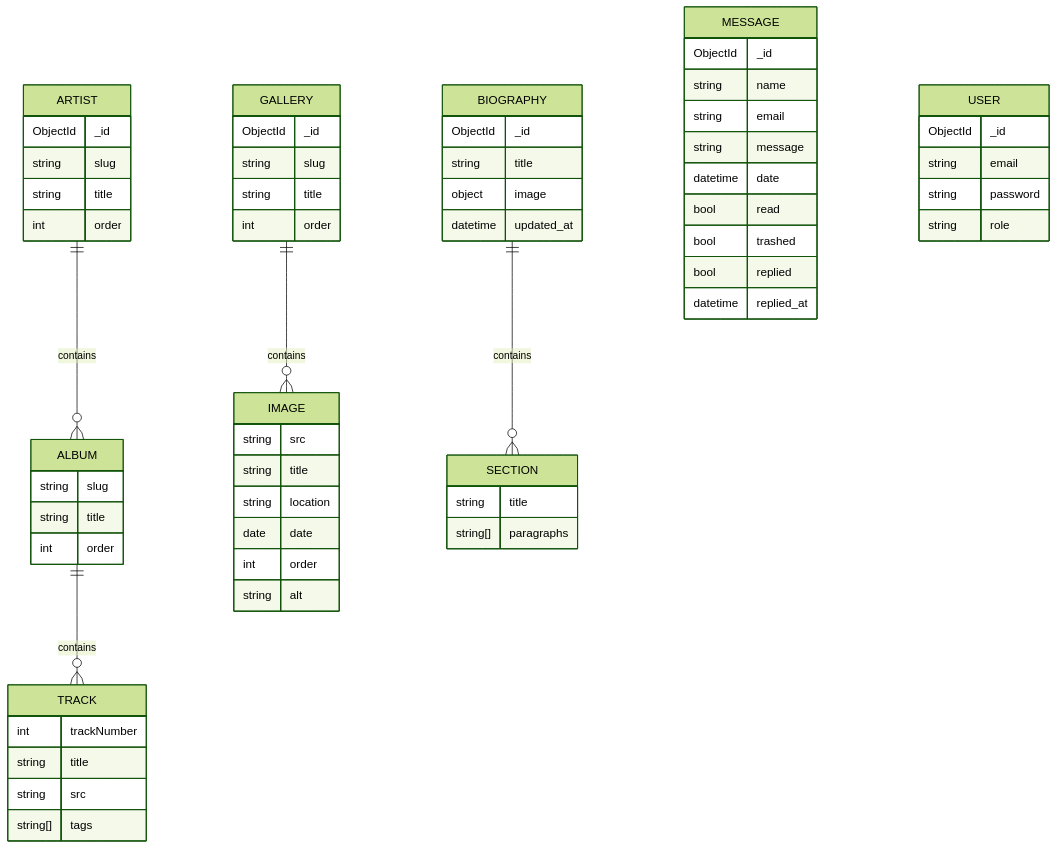
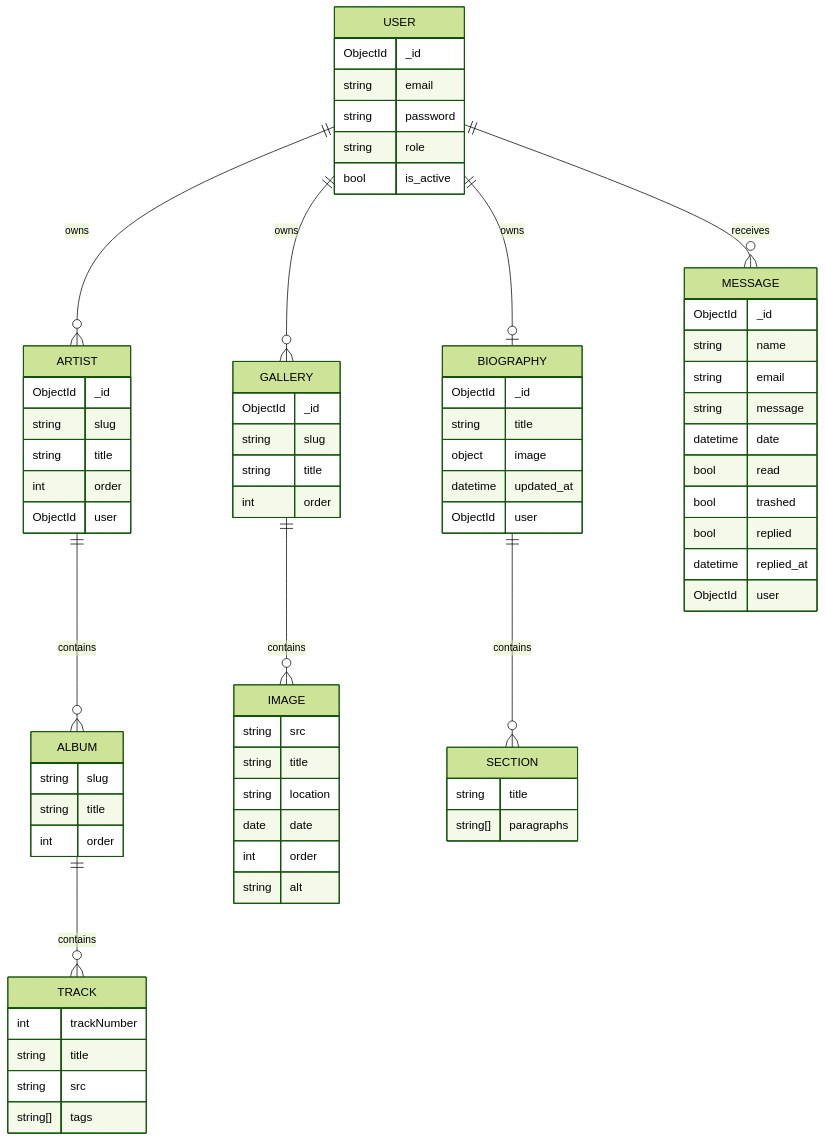
Before and after one commit to hakamir/Portfolio-Block-3: the fourth of 8 diagrams in README.md, drawn with Mermaid (forest theme). The commit also changed other lines of this file and 6 other files, not shown here.

First line of the commit message:
feat(biography): add user referencing and enhance biography validation

````diff
--- a/README.md
+++ b/README.md
@@ -179,66 +179,74 @@
 ```mermaid
 erDiagram
     ARTIST {
         ObjectId _id
         string slug
         string title
         int order
+        ObjectId user
     }
     ALBUM {
         string slug
         string title
         int order
     }
     TRACK {
         int trackNumber
         string title
         string src
         string[] tags
     }
     GALLERY {
         ObjectId _id
         string slug
         string title
         int order
     }
     IMAGE {
         string src
         string title
         string location
         date date
         int order
         string alt
     }
     BIOGRAPHY {
         ObjectId _id
         string title
         object image
         datetime updated_at
+        ObjectId user
     }
     SECTION {
         string title
         string[] paragraphs
     }
     MESSAGE {
         ObjectId _id
         string name
         string email
         string message
         datetime date
         bool read
         bool trashed
         bool replied
         datetime replied_at
+        ObjectId user
     }
     USER {
         ObjectId _id
         string email
         string password
         string role
+        bool is_active
     }
 
     ARTIST ||--o{ ALBUM: contains
     ALBUM ||--o{ TRACK: contains
     GALLERY ||--o{ IMAGE: contains
     BIOGRAPHY ||--o{ SECTION: contains
+    USER ||--o| BIOGRAPHY: owns
+    USER ||--o{ ARTIST: owns
+    USER ||--o{ GALLERY: owns
+    USER ||--o{ MESSAGE: receives
 ```
````
